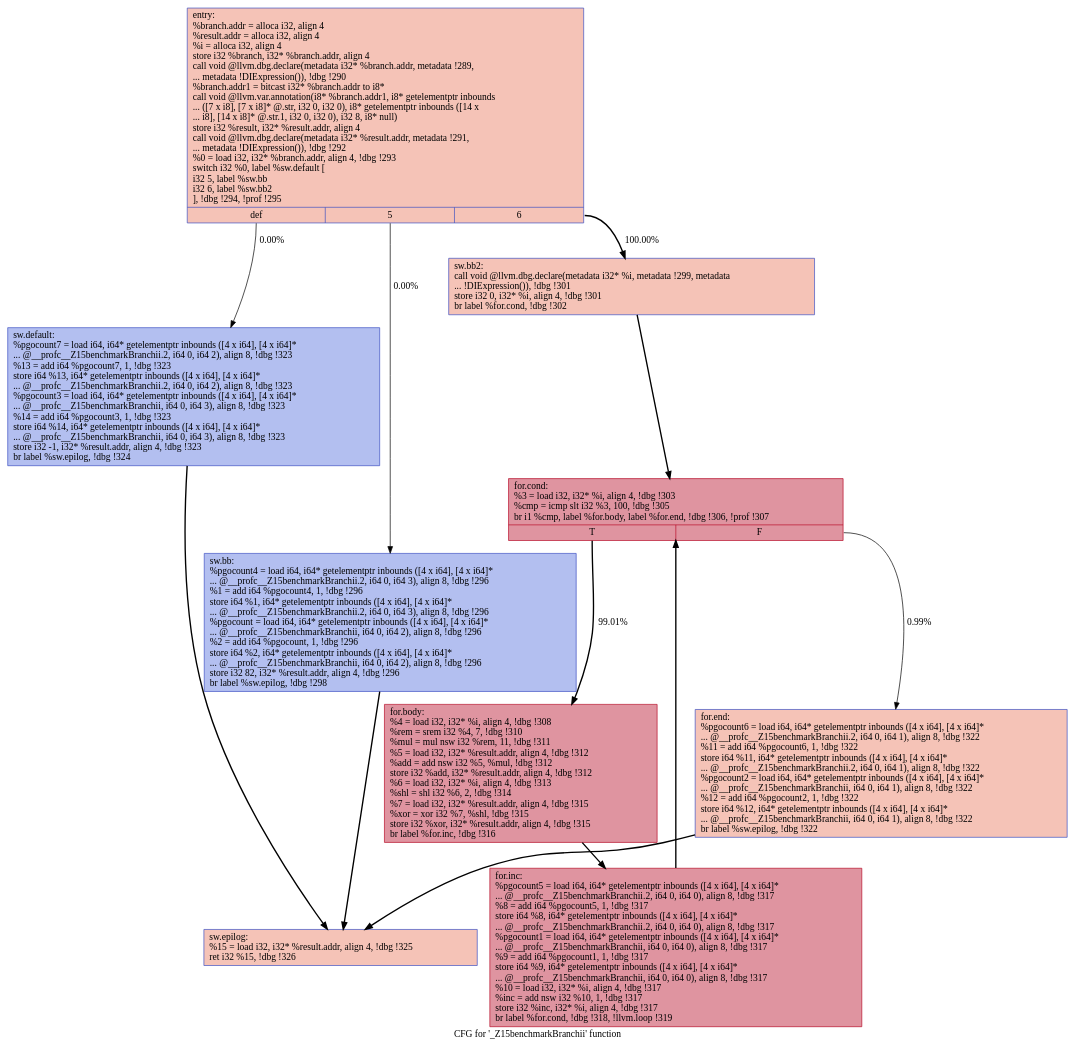
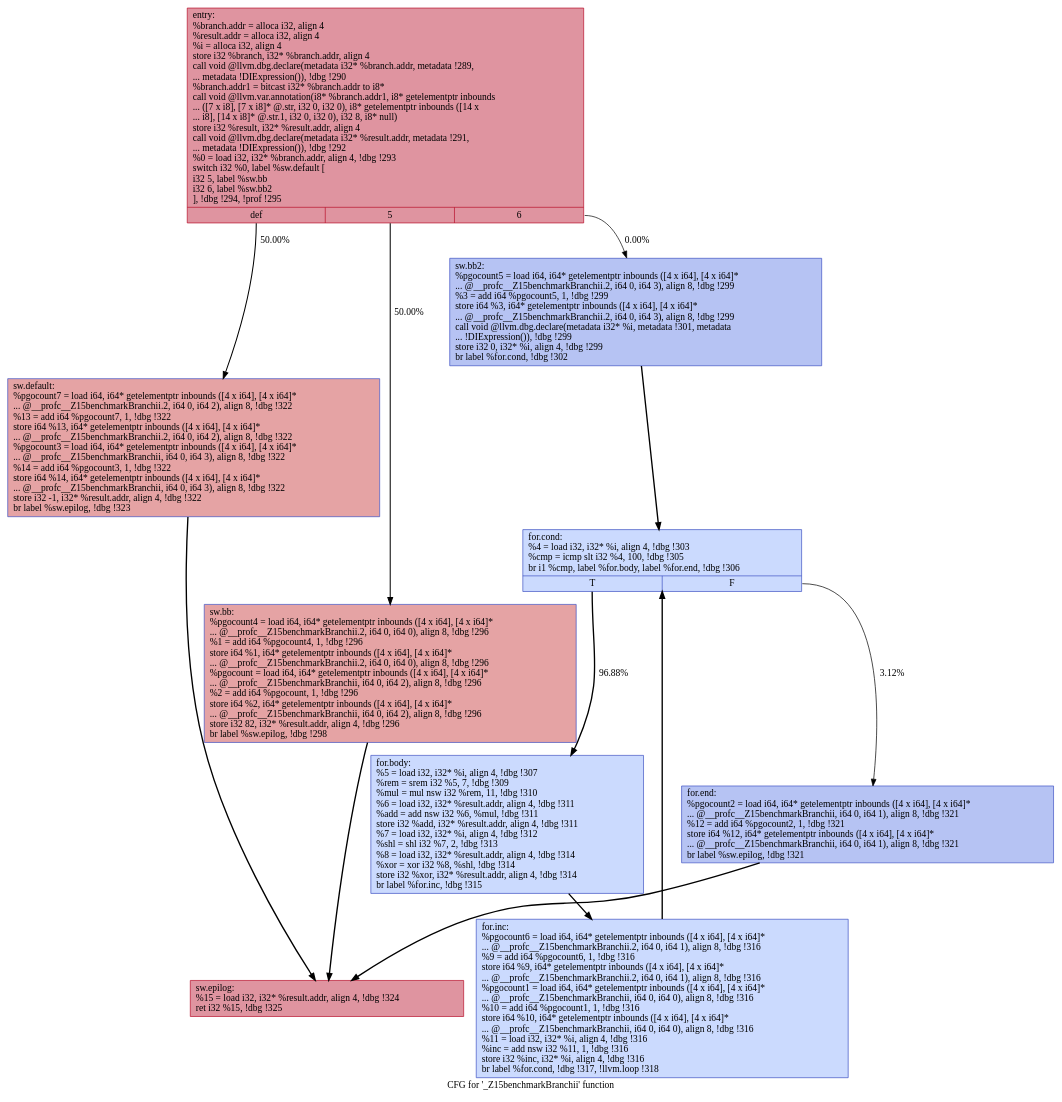
One commit to rudrajyotiroy/mirrormaze changed the diagram in benchmarks/correctness/dot/tmp/._Z15benchmarkBranchii.dot. Above: the diagram before and after it, drawn with Graphviz. The commit also changed 7 other files, not shown here.

```diff
--- a/benchmarks/correctness/dot/tmp/._Z15benchmarkBranchii.dot
+++ b/benchmarks/correctness/dot/tmp/._Z15benchmarkBranchii.dot
@@ -1,24 +1,24 @@
 digraph "CFG for '_Z15benchmarkBranchii' function" {
 	label="CFG for '_Z15benchmarkBranchii' function";
 
-	Node0x555609252140 [shape=record,color="#3d50c3ff", style=filled, fillcolor="#e8765c70",label="{entry:\l  %branch.addr = alloca i32, align 4\l  %result.addr = alloca i32, align 4\l  %i = alloca i32, align 4\l  store i32 %branch, i32* %branch.addr, align 4\l  call void @llvm.dbg.declare(metadata i32* %branch.addr, metadata !289,\l... metadata !DIExpression()), !dbg !290\l  %branch.addr1 = bitcast i32* %branch.addr to i8*\l  call void @llvm.var.annotation(i8* %branch.addr1, i8* getelementptr inbounds\l... ([7 x i8], [7 x i8]* @.str, i32 0, i32 0), i8* getelementptr inbounds ([14 x\l... i8], [14 x i8]* @.str.1, i32 0, i32 0), i32 8, i8* null)\l  store i32 %result, i32* %result.addr, align 4\l  call void @llvm.dbg.declare(metadata i32* %result.addr, metadata !291,\l... metadata !DIExpression()), !dbg !292\l  %0 = load i32, i32* %branch.addr, align 4, !dbg !293\l  switch i32 %0, label %sw.default [\l    i32 5, label %sw.bb\l    i32 6, label %sw.bb2\l  ], !dbg !294, !prof !295\l|{<s0>def|<s1>5|<s2>6}}"];
-	Node0x555609252140:s0 -> Node0x555609252370[label="0.00%" penwidth=1.00];
-	Node0x555609252140:s1 -> Node0x555609252190[label="0.00%" penwidth=1.00];
-	Node0x555609252140:s2 -> Node0x5556092521e0[label="100.00%" penwidth=2.00];
-	Node0x555609252190 [shape=record,color="#3d50c3ff", style=filled, fillcolor="#536edd70",label="{sw.bb:                                            \l  %pgocount4 = load i64, i64* getelementptr inbounds ([4 x i64], [4 x i64]*\l... @__profc__Z15benchmarkBranchii.2, i64 0, i64 3), align 8, !dbg !296\l  %1 = add i64 %pgocount4, 1, !dbg !296\l  store i64 %1, i64* getelementptr inbounds ([4 x i64], [4 x i64]*\l... @__profc__Z15benchmarkBranchii.2, i64 0, i64 3), align 8, !dbg !296\l  %pgocount = load i64, i64* getelementptr inbounds ([4 x i64], [4 x i64]*\l... @__profc__Z15benchmarkBranchii, i64 0, i64 2), align 8, !dbg !296\l  %2 = add i64 %pgocount, 1, !dbg !296\l  store i64 %2, i64* getelementptr inbounds ([4 x i64], [4 x i64]*\l... @__profc__Z15benchmarkBranchii, i64 0, i64 2), align 8, !dbg !296\l  store i32 82, i32* %result.addr, align 4, !dbg !296\l  br label %sw.epilog, !dbg !298\l}"];
-	Node0x555609252190 -> Node0x5556092523c0[penwidth=2];
-	Node0x5556092521e0 [shape=record,color="#3d50c3ff", style=filled, fillcolor="#e8765c70",label="{sw.bb2:                                           \l  call void @llvm.dbg.declare(metadata i32* %i, metadata !299, metadata\l... !DIExpression()), !dbg !301\l  store i32 0, i32* %i, align 4, !dbg !301\l  br label %for.cond, !dbg !302\l}"];
-	Node0x5556092521e0 -> Node0x555609252230[penwidth=2];
-	Node0x555609252230 [shape=record,color="#b70d28ff", style=filled, fillcolor="#b70d2870",label="{for.cond:                                         \l  %3 = load i32, i32* %i, align 4, !dbg !303\l  %cmp = icmp slt i32 %3, 100, !dbg !305\l  br i1 %cmp, label %for.body, label %for.end, !dbg !306, !prof !307\l|{<s0>T|<s1>F}}"];
-	Node0x555609252230:s0 -> Node0x555609252280[label="99.01%" penwidth=1.99];
-	Node0x555609252230:s1 -> Node0x555609252320[label="0.99%" penwidth=1.01];
-	Node0x555609252280 [shape=record,color="#b70d28ff", style=filled, fillcolor="#b70d2870",label="{for.body:                                         \l  %4 = load i32, i32* %i, align 4, !dbg !308\l  %rem = srem i32 %4, 7, !dbg !310\l  %mul = mul nsw i32 %rem, 11, !dbg !311\l  %5 = load i32, i32* %result.addr, align 4, !dbg !312\l  %add = add nsw i32 %5, %mul, !dbg !312\l  store i32 %add, i32* %result.addr, align 4, !dbg !312\l  %6 = load i32, i32* %i, align 4, !dbg !313\l  %shl = shl i32 %6, 2, !dbg !314\l  %7 = load i32, i32* %result.addr, align 4, !dbg !315\l  %xor = xor i32 %7, %shl, !dbg !315\l  store i32 %xor, i32* %result.addr, align 4, !dbg !315\l  br label %for.inc, !dbg !316\l}"];
-	Node0x555609252280 -> Node0x5556092522d0[penwidth=2];
-	Node0x5556092522d0 [shape=record,color="#b70d28ff", style=filled, fillcolor="#b70d2870",label="{for.inc:                                          \l  %pgocount5 = load i64, i64* getelementptr inbounds ([4 x i64], [4 x i64]*\l... @__profc__Z15benchmarkBranchii.2, i64 0, i64 0), align 8, !dbg !317\l  %8 = add i64 %pgocount5, 1, !dbg !317\l  store i64 %8, i64* getelementptr inbounds ([4 x i64], [4 x i64]*\l... @__profc__Z15benchmarkBranchii.2, i64 0, i64 0), align 8, !dbg !317\l  %pgocount1 = load i64, i64* getelementptr inbounds ([4 x i64], [4 x i64]*\l... @__profc__Z15benchmarkBranchii, i64 0, i64 0), align 8, !dbg !317\l  %9 = add i64 %pgocount1, 1, !dbg !317\l  store i64 %9, i64* getelementptr inbounds ([4 x i64], [4 x i64]*\l... @__profc__Z15benchmarkBranchii, i64 0, i64 0), align 8, !dbg !317\l  %10 = load i32, i32* %i, align 4, !dbg !317\l  %inc = add nsw i32 %10, 1, !dbg !317\l  store i32 %inc, i32* %i, align 4, !dbg !317\l  br label %for.cond, !dbg !318, !llvm.loop !319\l}"];
-	Node0x5556092522d0 -> Node0x555609252230[penwidth=2];
-	Node0x555609252320 [shape=record,color="#3d50c3ff", style=filled, fillcolor="#e8765c70",label="{for.end:                                          \l  %pgocount6 = load i64, i64* getelementptr inbounds ([4 x i64], [4 x i64]*\l... @__profc__Z15benchmarkBranchii.2, i64 0, i64 1), align 8, !dbg !322\l  %11 = add i64 %pgocount6, 1, !dbg !322\l  store i64 %11, i64* getelementptr inbounds ([4 x i64], [4 x i64]*\l... @__profc__Z15benchmarkBranchii.2, i64 0, i64 1), align 8, !dbg !322\l  %pgocount2 = load i64, i64* getelementptr inbounds ([4 x i64], [4 x i64]*\l... @__profc__Z15benchmarkBranchii, i64 0, i64 1), align 8, !dbg !322\l  %12 = add i64 %pgocount2, 1, !dbg !322\l  store i64 %12, i64* getelementptr inbounds ([4 x i64], [4 x i64]*\l... @__profc__Z15benchmarkBranchii, i64 0, i64 1), align 8, !dbg !322\l  br label %sw.epilog, !dbg !322\l}"];
-	Node0x555609252320 -> Node0x5556092523c0[penwidth=2];
-	Node0x555609252370 [shape=record,color="#3d50c3ff", style=filled, fillcolor="#536edd70",label="{sw.default:                                       \l  %pgocount7 = load i64, i64* getelementptr inbounds ([4 x i64], [4 x i64]*\l... @__profc__Z15benchmarkBranchii.2, i64 0, i64 2), align 8, !dbg !323\l  %13 = add i64 %pgocount7, 1, !dbg !323\l  store i64 %13, i64* getelementptr inbounds ([4 x i64], [4 x i64]*\l... @__profc__Z15benchmarkBranchii.2, i64 0, i64 2), align 8, !dbg !323\l  %pgocount3 = load i64, i64* getelementptr inbounds ([4 x i64], [4 x i64]*\l... @__profc__Z15benchmarkBranchii, i64 0, i64 3), align 8, !dbg !323\l  %14 = add i64 %pgocount3, 1, !dbg !323\l  store i64 %14, i64* getelementptr inbounds ([4 x i64], [4 x i64]*\l... @__profc__Z15benchmarkBranchii, i64 0, i64 3), align 8, !dbg !323\l  store i32 -1, i32* %result.addr, align 4, !dbg !323\l  br label %sw.epilog, !dbg !324\l}"];
-	Node0x555609252370 -> Node0x5556092523c0[penwidth=2];
-	Node0x5556092523c0 [shape=record,color="#3d50c3ff", style=filled, fillcolor="#e8765c70",label="{sw.epilog:                                        \l  %15 = load i32, i32* %result.addr, align 4, !dbg !325\l  ret i32 %15, !dbg !326\l}"];
+	Node0x55b35c6abdd0 [shape=record,color="#b70d28ff", style=filled, fillcolor="#b70d2870",label="{entry:\l  %branch.addr = alloca i32, align 4\l  %result.addr = alloca i32, align 4\l  %i = alloca i32, align 4\l  store i32 %branch, i32* %branch.addr, align 4\l  call void @llvm.dbg.declare(metadata i32* %branch.addr, metadata !289,\l... metadata !DIExpression()), !dbg !290\l  %branch.addr1 = bitcast i32* %branch.addr to i8*\l  call void @llvm.var.annotation(i8* %branch.addr1, i8* getelementptr inbounds\l... ([7 x i8], [7 x i8]* @.str, i32 0, i32 0), i8* getelementptr inbounds ([14 x\l... i8], [14 x i8]* @.str.1, i32 0, i32 0), i32 8, i8* null)\l  store i32 %result, i32* %result.addr, align 4\l  call void @llvm.dbg.declare(metadata i32* %result.addr, metadata !291,\l... metadata !DIExpression()), !dbg !292\l  %0 = load i32, i32* %branch.addr, align 4, !dbg !293\l  switch i32 %0, label %sw.default [\l    i32 5, label %sw.bb\l    i32 6, label %sw.bb2\l  ], !dbg !294, !prof !295\l|{<s0>def|<s1>5|<s2>6}}"];
+	Node0x55b35c6abdd0:s0 -> Node0x55b35c6ac000[label="50.00%" penwidth=1.50];
+	Node0x55b35c6abdd0:s1 -> Node0x55b35c6abe20[label="50.00%" penwidth=1.50];
+	Node0x55b35c6abdd0:s2 -> Node0x55b35c6abe70[label="0.00%" penwidth=1.00];
+	Node0x55b35c6abe20 [shape=record,color="#3d50c3ff", style=filled, fillcolor="#c32e3170",label="{sw.bb:                                            \l  %pgocount4 = load i64, i64* getelementptr inbounds ([4 x i64], [4 x i64]*\l... @__profc__Z15benchmarkBranchii.2, i64 0, i64 0), align 8, !dbg !296\l  %1 = add i64 %pgocount4, 1, !dbg !296\l  store i64 %1, i64* getelementptr inbounds ([4 x i64], [4 x i64]*\l... @__profc__Z15benchmarkBranchii.2, i64 0, i64 0), align 8, !dbg !296\l  %pgocount = load i64, i64* getelementptr inbounds ([4 x i64], [4 x i64]*\l... @__profc__Z15benchmarkBranchii, i64 0, i64 2), align 8, !dbg !296\l  %2 = add i64 %pgocount, 1, !dbg !296\l  store i64 %2, i64* getelementptr inbounds ([4 x i64], [4 x i64]*\l... @__profc__Z15benchmarkBranchii, i64 0, i64 2), align 8, !dbg !296\l  store i32 82, i32* %result.addr, align 4, !dbg !296\l  br label %sw.epilog, !dbg !298\l}"];
+	Node0x55b35c6abe20 -> Node0x55b35c6ac050[penwidth=2];
+	Node0x55b35c6abe70 [shape=record,color="#3d50c3ff", style=filled, fillcolor="#5977e370",label="{sw.bb2:                                           \l  %pgocount5 = load i64, i64* getelementptr inbounds ([4 x i64], [4 x i64]*\l... @__profc__Z15benchmarkBranchii.2, i64 0, i64 3), align 8, !dbg !299\l  %3 = add i64 %pgocount5, 1, !dbg !299\l  store i64 %3, i64* getelementptr inbounds ([4 x i64], [4 x i64]*\l... @__profc__Z15benchmarkBranchii.2, i64 0, i64 3), align 8, !dbg !299\l  call void @llvm.dbg.declare(metadata i32* %i, metadata !301, metadata\l... !DIExpression()), !dbg !299\l  store i32 0, i32* %i, align 4, !dbg !299\l  br label %for.cond, !dbg !302\l}"];
+	Node0x55b35c6abe70 -> Node0x55b35c6abec0[penwidth=2];
+	Node0x55b35c6abec0 [shape=record,color="#3d50c3ff", style=filled, fillcolor="#88abfd70",label="{for.cond:                                         \l  %4 = load i32, i32* %i, align 4, !dbg !303\l  %cmp = icmp slt i32 %4, 100, !dbg !305\l  br i1 %cmp, label %for.body, label %for.end, !dbg !306\l|{<s0>T|<s1>F}}"];
+	Node0x55b35c6abec0:s0 -> Node0x55b35c6abf10[label="96.88%" penwidth=1.97];
+	Node0x55b35c6abec0:s1 -> Node0x55b35c6abfb0[label="3.12%" penwidth=1.03];
+	Node0x55b35c6abf10 [shape=record,color="#3d50c3ff", style=filled, fillcolor="#88abfd70",label="{for.body:                                         \l  %5 = load i32, i32* %i, align 4, !dbg !307\l  %rem = srem i32 %5, 7, !dbg !309\l  %mul = mul nsw i32 %rem, 11, !dbg !310\l  %6 = load i32, i32* %result.addr, align 4, !dbg !311\l  %add = add nsw i32 %6, %mul, !dbg !311\l  store i32 %add, i32* %result.addr, align 4, !dbg !311\l  %7 = load i32, i32* %i, align 4, !dbg !312\l  %shl = shl i32 %7, 2, !dbg !313\l  %8 = load i32, i32* %result.addr, align 4, !dbg !314\l  %xor = xor i32 %8, %shl, !dbg !314\l  store i32 %xor, i32* %result.addr, align 4, !dbg !314\l  br label %for.inc, !dbg !315\l}"];
+	Node0x55b35c6abf10 -> Node0x55b35c6abf60[penwidth=2];
+	Node0x55b35c6abf60 [shape=record,color="#3d50c3ff", style=filled, fillcolor="#88abfd70",label="{for.inc:                                          \l  %pgocount6 = load i64, i64* getelementptr inbounds ([4 x i64], [4 x i64]*\l... @__profc__Z15benchmarkBranchii.2, i64 0, i64 1), align 8, !dbg !316\l  %9 = add i64 %pgocount6, 1, !dbg !316\l  store i64 %9, i64* getelementptr inbounds ([4 x i64], [4 x i64]*\l... @__profc__Z15benchmarkBranchii.2, i64 0, i64 1), align 8, !dbg !316\l  %pgocount1 = load i64, i64* getelementptr inbounds ([4 x i64], [4 x i64]*\l... @__profc__Z15benchmarkBranchii, i64 0, i64 0), align 8, !dbg !316\l  %10 = add i64 %pgocount1, 1, !dbg !316\l  store i64 %10, i64* getelementptr inbounds ([4 x i64], [4 x i64]*\l... @__profc__Z15benchmarkBranchii, i64 0, i64 0), align 8, !dbg !316\l  %11 = load i32, i32* %i, align 4, !dbg !316\l  %inc = add nsw i32 %11, 1, !dbg !316\l  store i32 %inc, i32* %i, align 4, !dbg !316\l  br label %for.cond, !dbg !317, !llvm.loop !318\l}"];
+	Node0x55b35c6abf60 -> Node0x55b35c6abec0[penwidth=2];
+	Node0x55b35c6abfb0 [shape=record,color="#3d50c3ff", style=filled, fillcolor="#5977e370",label="{for.end:                                          \l  %pgocount2 = load i64, i64* getelementptr inbounds ([4 x i64], [4 x i64]*\l... @__profc__Z15benchmarkBranchii, i64 0, i64 1), align 8, !dbg !321\l  %12 = add i64 %pgocount2, 1, !dbg !321\l  store i64 %12, i64* getelementptr inbounds ([4 x i64], [4 x i64]*\l... @__profc__Z15benchmarkBranchii, i64 0, i64 1), align 8, !dbg !321\l  br label %sw.epilog, !dbg !321\l}"];
+	Node0x55b35c6abfb0 -> Node0x55b35c6ac050[penwidth=2];
+	Node0x55b35c6ac000 [shape=record,color="#3d50c3ff", style=filled, fillcolor="#c32e3170",label="{sw.default:                                       \l  %pgocount7 = load i64, i64* getelementptr inbounds ([4 x i64], [4 x i64]*\l... @__profc__Z15benchmarkBranchii.2, i64 0, i64 2), align 8, !dbg !322\l  %13 = add i64 %pgocount7, 1, !dbg !322\l  store i64 %13, i64* getelementptr inbounds ([4 x i64], [4 x i64]*\l... @__profc__Z15benchmarkBranchii.2, i64 0, i64 2), align 8, !dbg !322\l  %pgocount3 = load i64, i64* getelementptr inbounds ([4 x i64], [4 x i64]*\l... @__profc__Z15benchmarkBranchii, i64 0, i64 3), align 8, !dbg !322\l  %14 = add i64 %pgocount3, 1, !dbg !322\l  store i64 %14, i64* getelementptr inbounds ([4 x i64], [4 x i64]*\l... @__profc__Z15benchmarkBranchii, i64 0, i64 3), align 8, !dbg !322\l  store i32 -1, i32* %result.addr, align 4, !dbg !322\l  br label %sw.epilog, !dbg !323\l}"];
+	Node0x55b35c6ac000 -> Node0x55b35c6ac050[penwidth=2];
+	Node0x55b35c6ac050 [shape=record,color="#b70d28ff", style=filled, fillcolor="#b70d2870",label="{sw.epilog:                                        \l  %15 = load i32, i32* %result.addr, align 4, !dbg !324\l  ret i32 %15, !dbg !325\l}"];
 }
```
